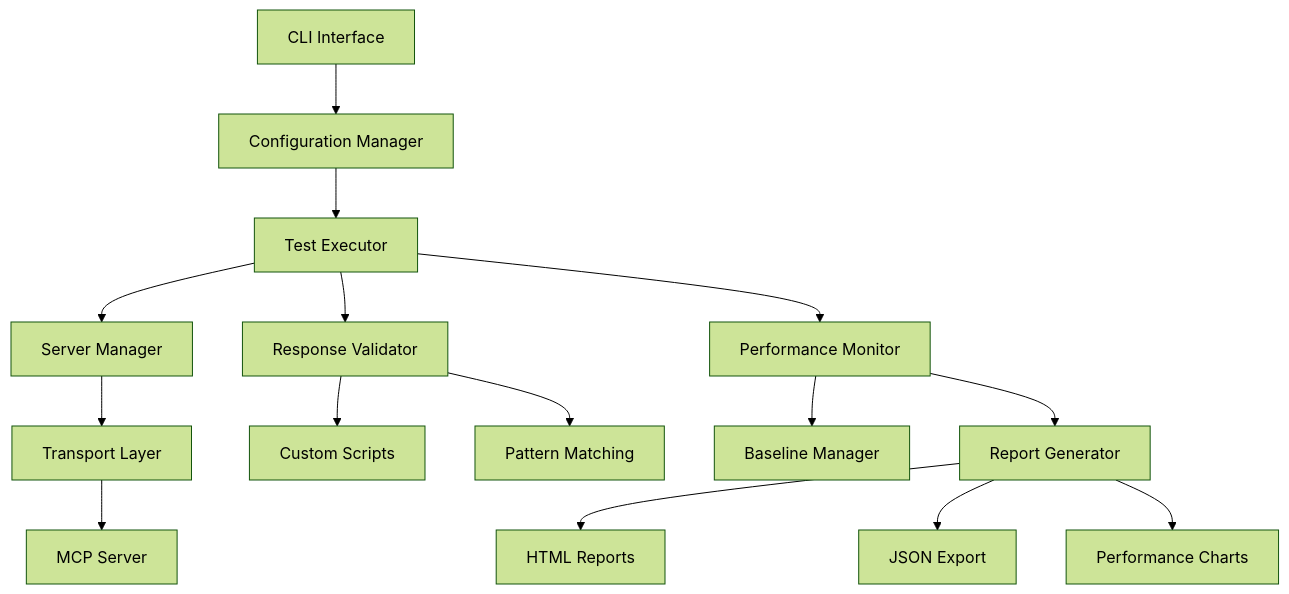
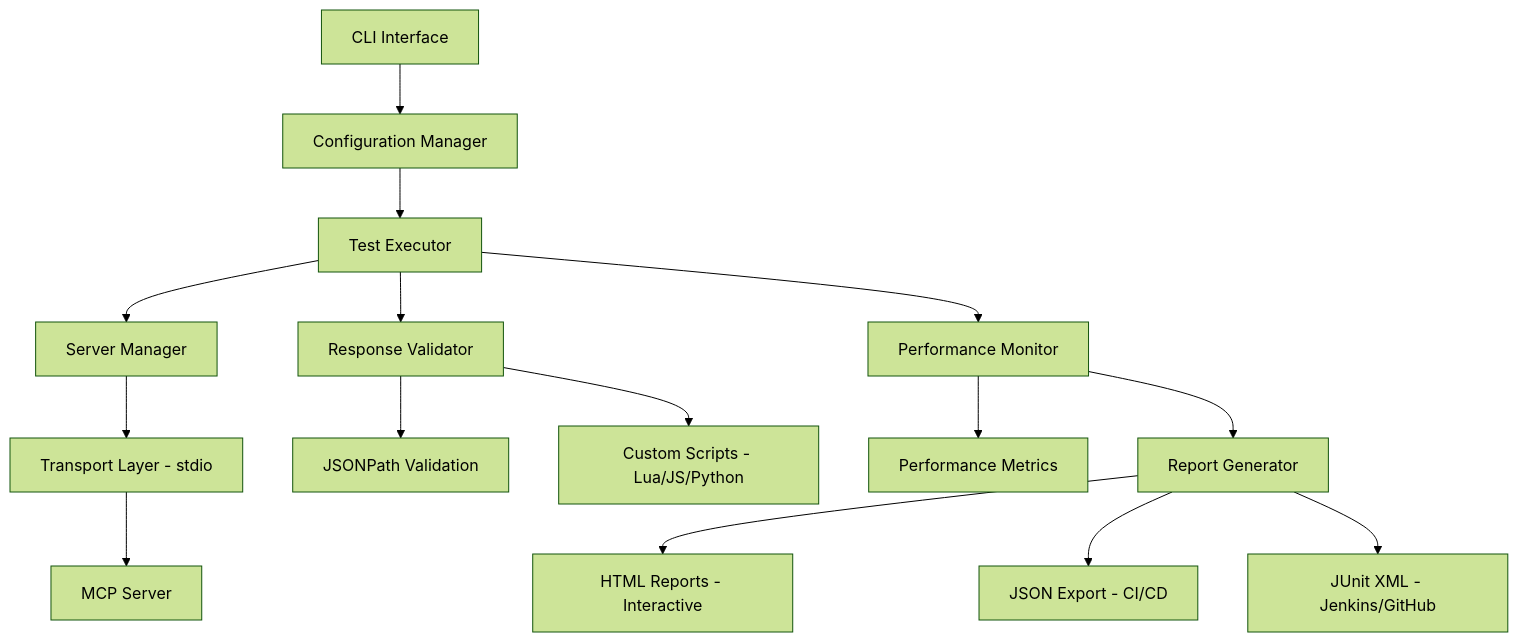
Before and after one commit to rustic-ai/codeprism: the diagram in codeprism-docs/docs/test-harness/index.md, drawn with Mermaid (forest theme). The commit also changed other lines of this file and 10 other files, not shown here.

````diff
--- a/codeprism-docs/docs/test-harness/index.md
+++ b/codeprism-docs/docs/test-harness/index.md
@@ -76,21 +80,21 @@
 ```mermaid
 graph TB
     CLI[CLI Interface] --> Config[Configuration Manager]
     Config --> Executor[Test Executor]
     Executor --> Server[Server Manager]
     Executor --> Validator[Response Validator]
     Executor --> Monitor[Performance Monitor]
     
-    Server --> Transport[Transport Layer]
+    Server --> Transport[Transport Layer - stdio]
     Transport --> MCP[MCP Server]
     
-    Validator --> Scripts[Custom Scripts]
-    Validator --> Patterns[Pattern Matching]
+    Validator --> JSONPath[JSONPath Validation]
+    Validator --> Scripts[Custom Scripts - Lua/JS/Python]
     
-    Monitor --> Baseline[Baseline Manager]
+    Monitor --> Metrics[Performance Metrics]
     Monitor --> Reports[Report Generator]
     
-    Reports --> HTML[HTML Reports]
-    Reports --> JSON[JSON Export]
-    Reports --> Charts[Performance Charts]
+    Reports --> HTML[HTML Reports - Interactive]
+    Reports --> JSON[JSON Export - CI/CD]
+    Reports --> JUnit[JUnit XML - Jenkins/GitHub]
 ```
````
